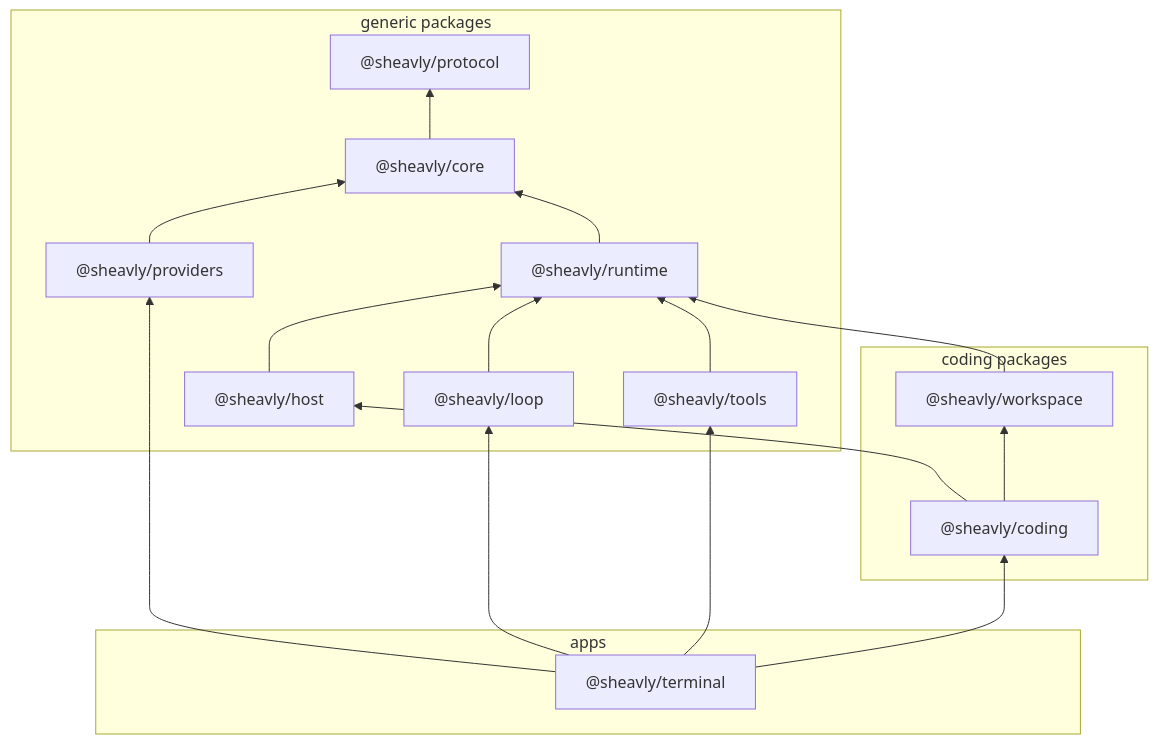
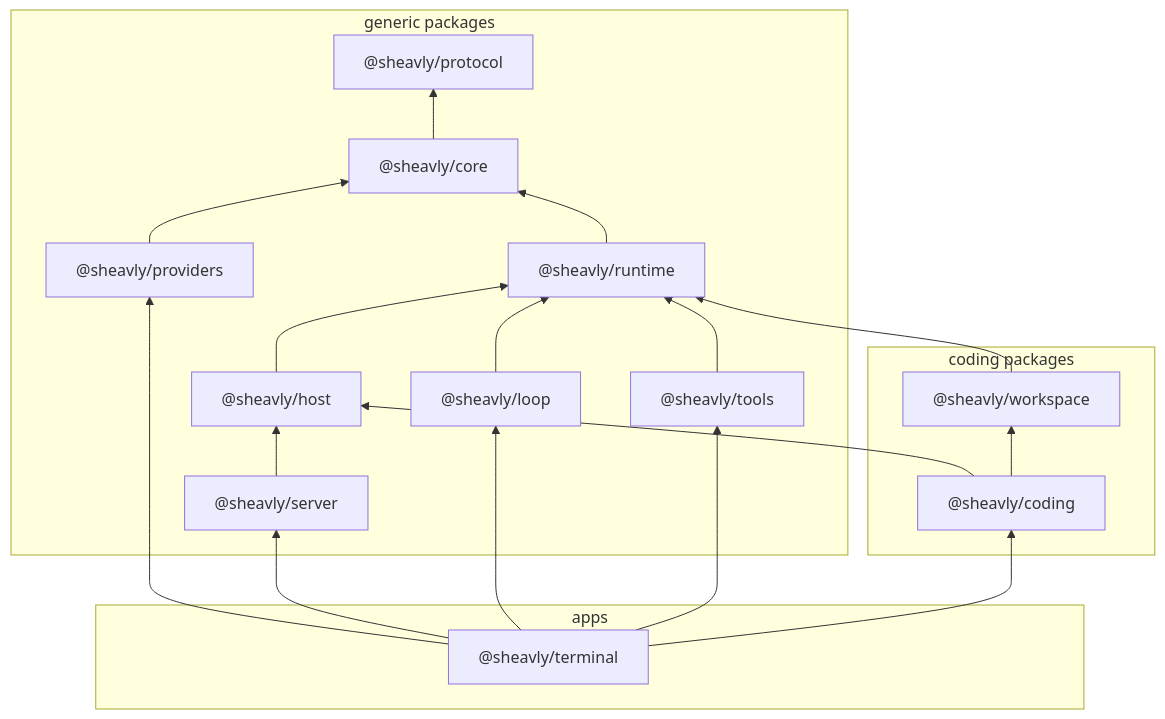
Before and after one commit to Sheavly/code: the diagram in docs/overview.md, drawn with Mermaid. The commit also changed 129 other files, not shown here.

````diff
--- a/docs/overview.md
+++ b/docs/overview.md
@@ -35,32 +35,35 @@
 ```mermaid
 flowchart BT
   subgraph group_generic ["generic packages"]
     core["@sheavly/core"]
     host["@sheavly/host"]
     loop["@sheavly/loop"]
     protocol["@sheavly/protocol"]
     providers["@sheavly/providers"]
     runtime["@sheavly/runtime"]
+    server["@sheavly/server"]
     tools["@sheavly/tools"]
   end
   subgraph group_coding ["coding packages"]
     coding["@sheavly/coding"]
     workspace["@sheavly/workspace"]
   end
   subgraph group_apps ["apps"]
     terminal["@sheavly/terminal"]
   end
   coding --> host
   coding --> workspace
   core --> protocol
   host --> runtime
   loop --> runtime
   providers --> core
   runtime --> core
+  server --> host
   terminal --> coding
   terminal --> loop
   terminal --> providers
+  terminal --> server
   terminal --> tools
   tools --> runtime
   workspace --> runtime
 ```
````
